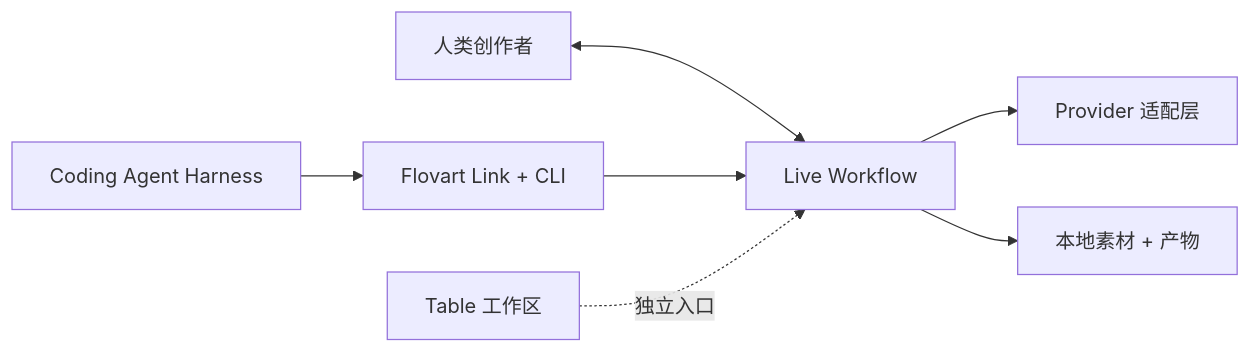
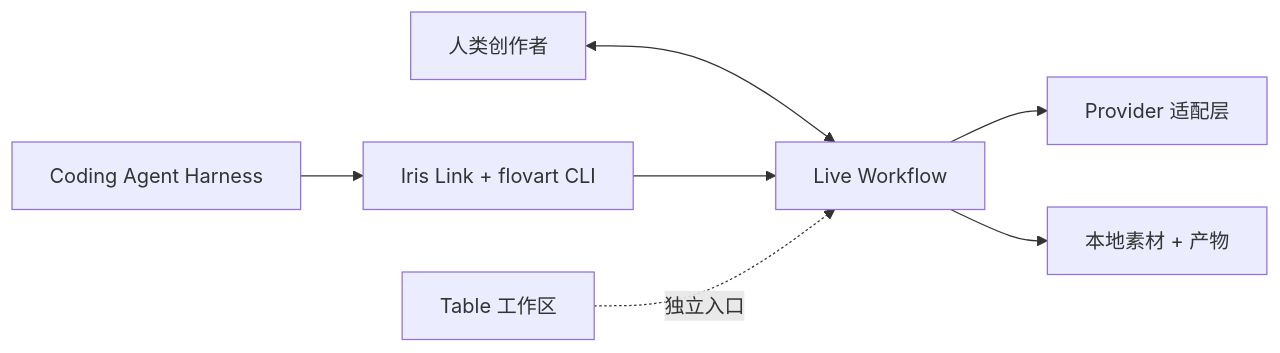
The diagram in README.zh-CN.md (avabbbb/Flovart), drawn with Mermaid before and after one commit. The commit also changed other lines of this file and 11 other files, not shown here.

First line of the commit message:
brand: rename public product from Flovart to Iris (#22)

````diff
--- a/README.zh-CN.md
+++ b/README.zh-CN.md
@@ -302,9 +306,9 @@
 ```mermaid
 flowchart LR
   H["人类创作者"] <--> W["Live Workflow"]
-  A["Coding Agent Harness"] --> L["Flovart Link + CLI"]
+  A["Coding Agent Harness"] --> L["Iris Link + flovart CLI"]
   L --> W
   W --> P["Provider 适配层"]
   W --> R["本地素材 + 产物"]
   T["Table 工作区"] -. 独立入口 .-> W
 ```
````
